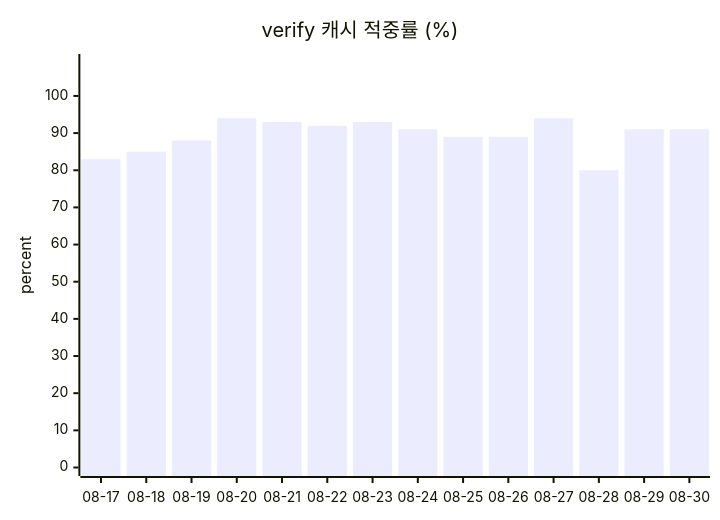
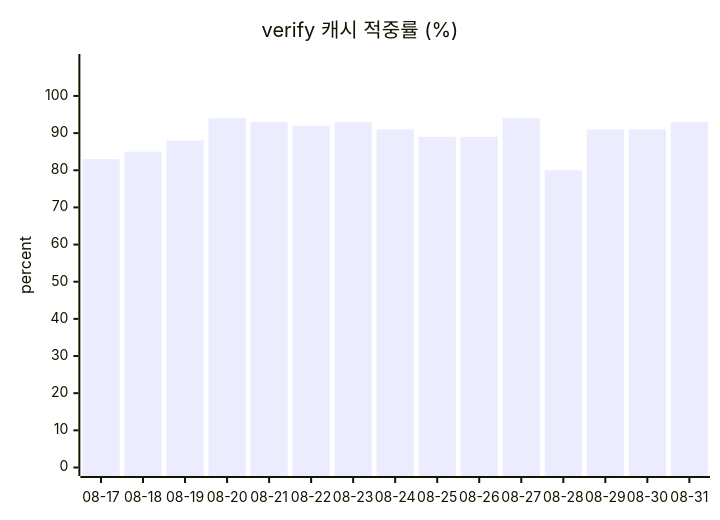
Before and after one commit to userri/PinQ-backend: the second of 2 diagrams in docs/data/token-usage.md, drawn with Mermaid. The commit also changed other lines of this file and 3 other files, not shown here.

````diff
--- a/docs/data/token-usage.md
+++ b/docs/data/token-usage.md
@@ -88,7 +91,7 @@
 ```mermaid
 xychart-beta
     title "verify 캐시 적중률 (%)"
-    x-axis ["08-17", "08-18", "08-19", "08-20", "08-21", "08-22", "08-23", "08-24", "08-25", "08-26", "08-27", "08-28", "08-29", "08-30"]
+    x-axis ["08-17", "08-18", "08-19", "08-20", "08-21", "08-22", "08-23", "08-24", "08-25", "08-26", "08-27", "08-28", "08-29", "08-30", "08-31"]
     y-axis "percent" 0 --> 109
-    bar [83, 85, 88, 94, 93, 92, 93, 91, 89, 89, 94, 80, 91, 91]
+    bar [83, 85, 88, 94, 93, 92, 93, 91, 89, 89, 94, 80, 91, 91, 93]
 ```
````
